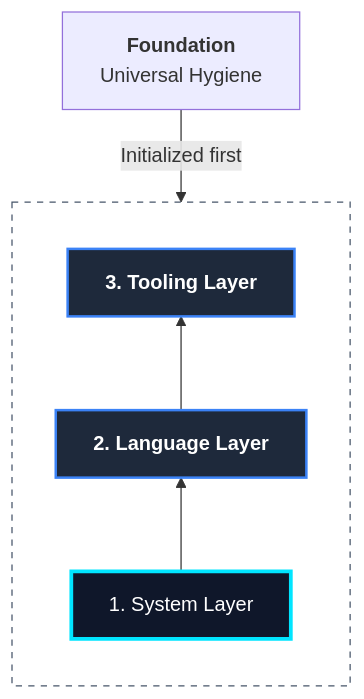
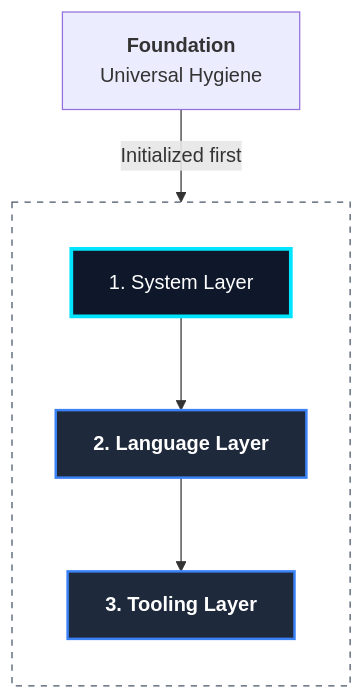
Before and after one commit to JacksonFergusonDev/protostar: the diagram in docs/mechanics/modules.md, drawn with Mermaid. The commit also changed other lines of this file and 19 other files, not shown here.

First line of the commit message:
docs: comprehensive overhaul for template architecture, alias registry, and security model (#163)

````diff
--- a/docs/mechanics/modules.md
+++ b/docs/mechanics/modules.md
@@ -29,22 +29,22 @@
 ```mermaid
 graph TD
     %% Styling
     classDef layer fill:#1e293b,stroke:#3b82f6,stroke-width:2px,color:#fff,font-weight:bold;
     classDef base fill:#0f172a,stroke:#00e5ff,stroke-width:3px,color:#fff;
 
     subgraph Stack [ ]
-        direction BT
+        direction TB
 
         L1[1. System Layer]:::base
         L2[2. Language Layer]:::layer
         L3[3. Tooling Layer]:::layer
 
         %% Relationships showing precedence flow
         L1 --> L2 --> L3
     end
 
     %% Annotations
     Note1[<b>Foundation</b><br/>Universal Hygiene] -- Initialized first --> L1
 
     style Stack fill:transparent,stroke:#475569,stroke-dasharray: 5 5
 ```
````
